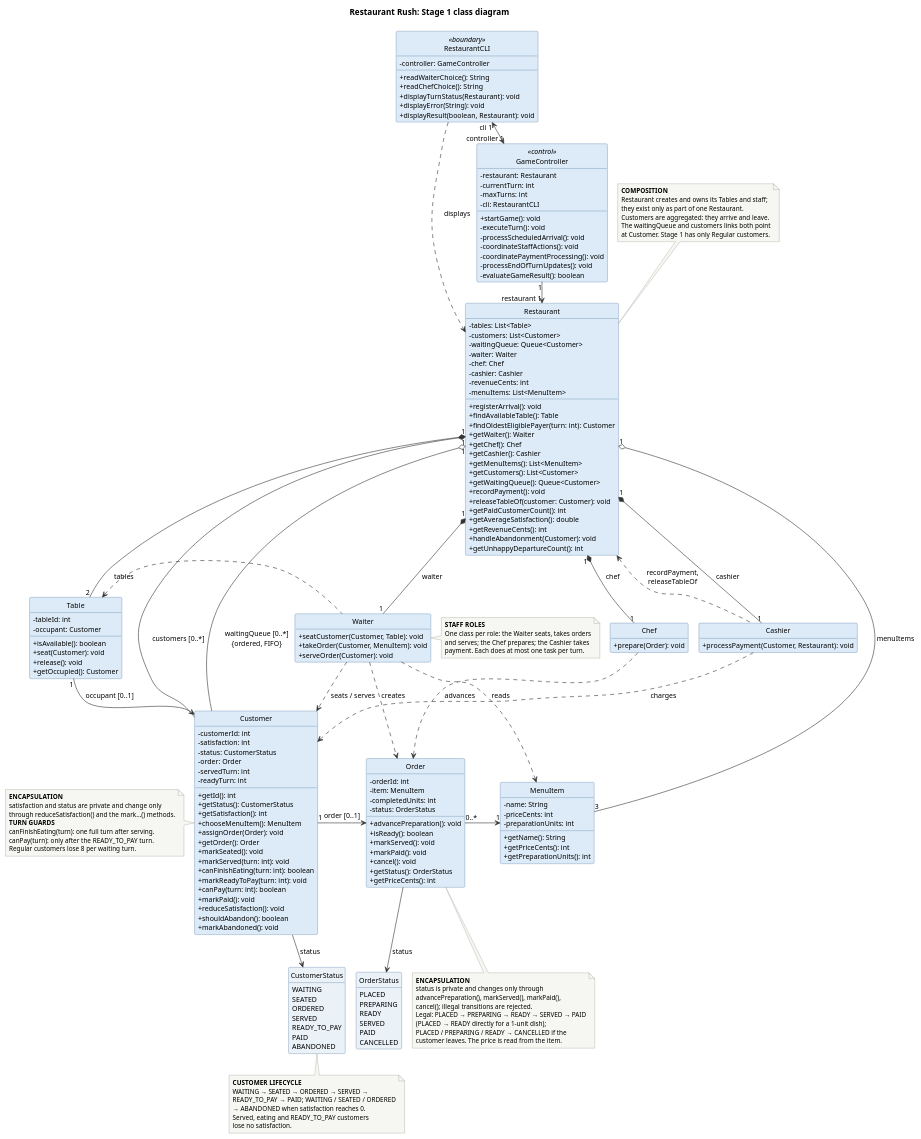
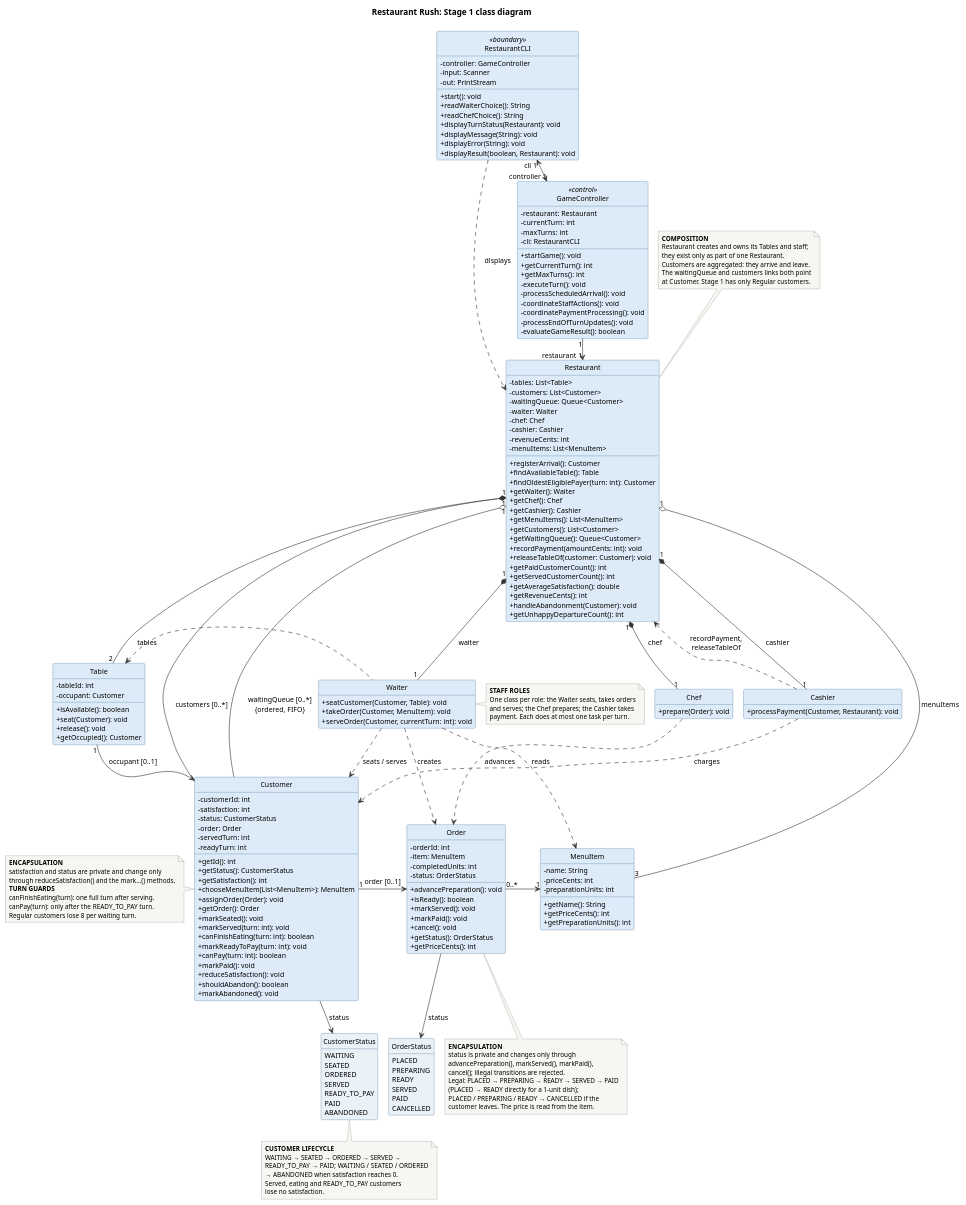
Before and after one commit to RobotHanzo/SC2002GroupProject: the diagram in docs/diagrams/src/stage-1-class.puml, drawn with PlantUML. The commit also changed 1 other file, not shown here.

Commit message:
Align the Stage 1 class diagram with the code
Signatures changed while writing the code: registerArrival returns the
new Customer, recordPayment takes the amount, serveOrder takes the turn,
chooseMenuItem takes the item list. Added start(), displayMessage(),
getCurrentTurn(), getMaxTurns() and getServedCustomerCount().

```diff
--- a/docs/diagrams/src/stage-1-class.puml
+++ b/docs/diagrams/src/stage-1-class.puml
@@ -30,9 +30,13 @@
 ' ---------- boundary and control ----------
 class RestaurantCLI <<boundary>> {
   -controller: GameController
+  -input: Scanner
+  -out: PrintStream
+  +start(): void
   +readWaiterChoice(): String
   +readChefChoice(): String
   +displayTurnStatus(Restaurant): void
+  +displayMessage(String): void
   +displayError(String): void
   +displayResult(boolean, Restaurant): void
 }
@@ -43,6 +47,8 @@
   -maxTurns: int
   -cli: RestaurantCLI
   +startGame(): void
+  +getCurrentTurn(): int
+  +getMaxTurns(): int
   -executeTurn(): void
   -processScheduledArrival(): void
   -coordinateStaffActions(): void
@@ -61,7 +67,7 @@
   -cashier: Cashier
   -revenueCents: int
   -menuItems: List<MenuItem>
-  +registerArrival(): void
+  +registerArrival(): Customer
   +findAvailableTable(): Table
   +findOldestEligiblePayer(turn: int): Customer
   +getWaiter(): Waiter
@@ -70,9 +76,10 @@
   +getMenuItems(): List<MenuItem>
   +getCustomers(): List<Customer>
   +getWaitingQueue(): Queue<Customer>
-  +recordPayment(): void
+  +recordPayment(amountCents: int): void
   +releaseTableOf(customer: Customer): void
   +getPaidCustomerCount(): int
+  +getServedCustomerCount(): int
   +getAverageSatisfaction(): double
   +getRevenueCents(): int
   +handleAbandonment(Customer): void
@@ -92,7 +99,7 @@
 class Waiter {
   +seatCustomer(Customer, Table): void
   +takeOrder(Customer, MenuItem): void
-  +serveOrder(Customer): void
+  +serveOrder(Customer, currentTurn: int): void
 }
 
 class Chef {
@@ -123,7 +130,7 @@
   +getId(): int
   +getStatus(): CustomerStatus
   +getSatisfaction(): int
-  +chooseMenuItem(): MenuItem
+  +chooseMenuItem(List<MenuItem>): MenuItem
   +assignOrder(Order): void
   +getOrder(): Order
   +markSeated(): void
```
